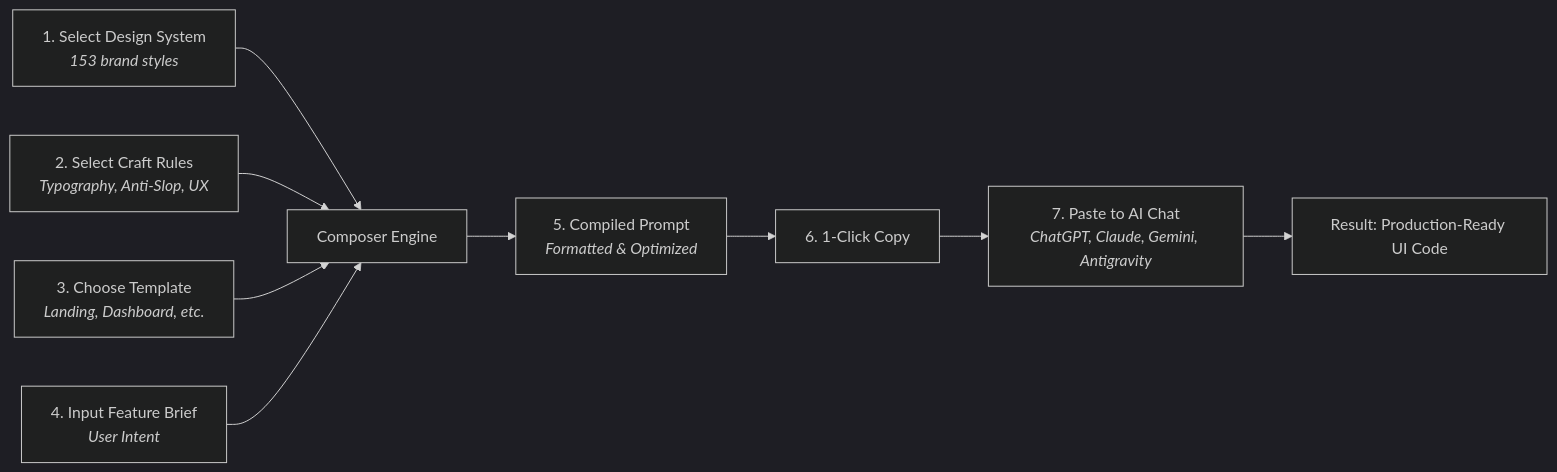
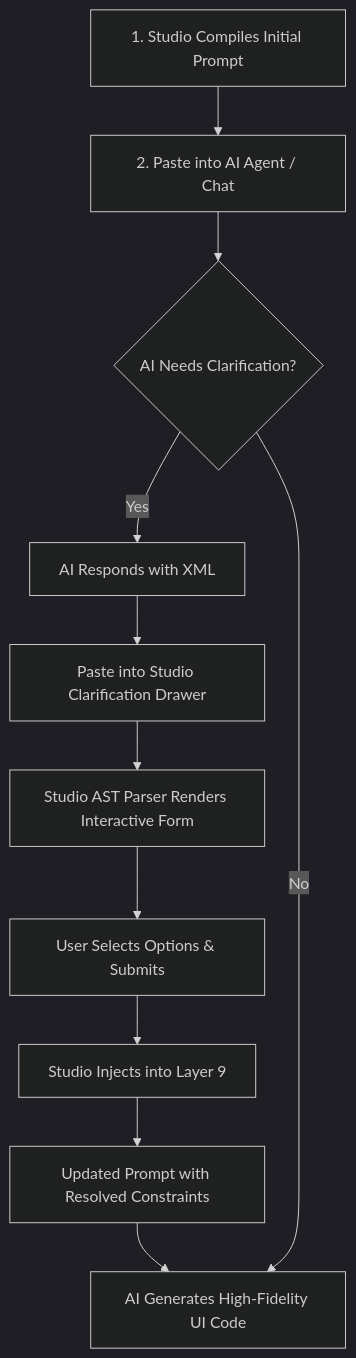
Before and after one commit to HaiGH-Space/open-studio: the diagram in README.md, drawn with Mermaid (dark theme). The commit also changed other lines of this file, not shown here.

Commit message:
docs: update README with 9-layer prompt pipeline and architecture details

````diff
--- a/README.md
+++ b/README.md
@@ -83,11 +83,13 @@
 ```mermaid
-flowchart LR
-    A[1. Select Design System<br/><i>153 brand styles</i>] --> E[Composer Engine]
-    B[2. Select Craft Rules<br/><i>Typography, Anti-Slop, UX</i>] --> E
-    C[3. Choose Template<br/><i>Landing, Dashboard, etc.</i>] --> E
-    D[4. Input Feature Brief<br/><i>User Intent</i>] --> E
-    E --> F[5. Compiled Prompt<br/><i>Formatted & Optimized</i>]
-    F --> G[6. 1-Click Copy]
-    G --> H[7. Paste to AI Chat<br/><i>ChatGPT, Claude, Gemini, Antigravity</i>]
-    H --> I[Result: Production-Ready UI Code]
+flowchart TD
+    A[1. Studio Compiles Initial Prompt] --> B[2. Paste into AI Agent / Chat]
+    B --> C{AI Needs Clarification?}
+    C -- Yes --> D[AI Responds with <question-form> XML]
+    D --> E[Paste into Studio Clarification Drawer]
+    E --> F[Studio AST Parser Renders Interactive Form]
+    F --> G[User Selects Options & Submits]
+    G --> H[Studio Injects <clarification-answers> into Layer 9]
+    H --> I[Updated Prompt with Resolved Constraints]
+    I --> J[AI Generates High-Fidelity UI Code]
+    C -- No --> J
 ```
````
